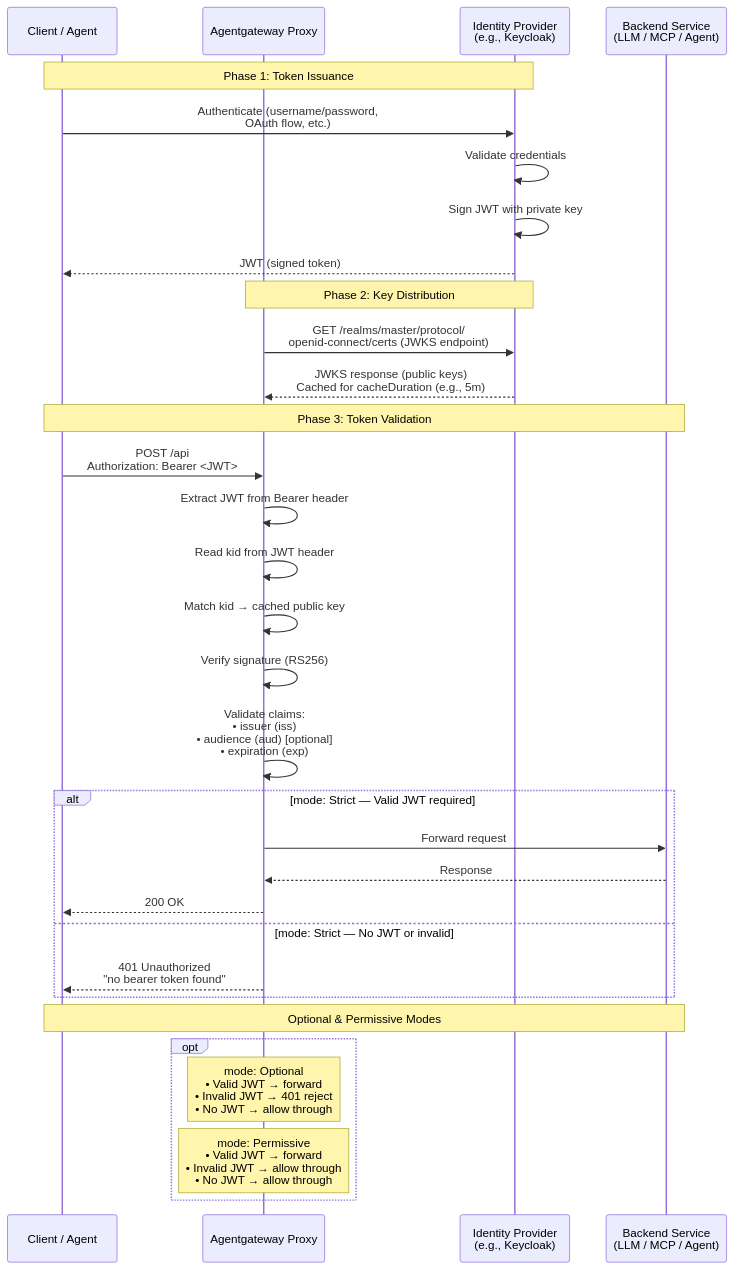
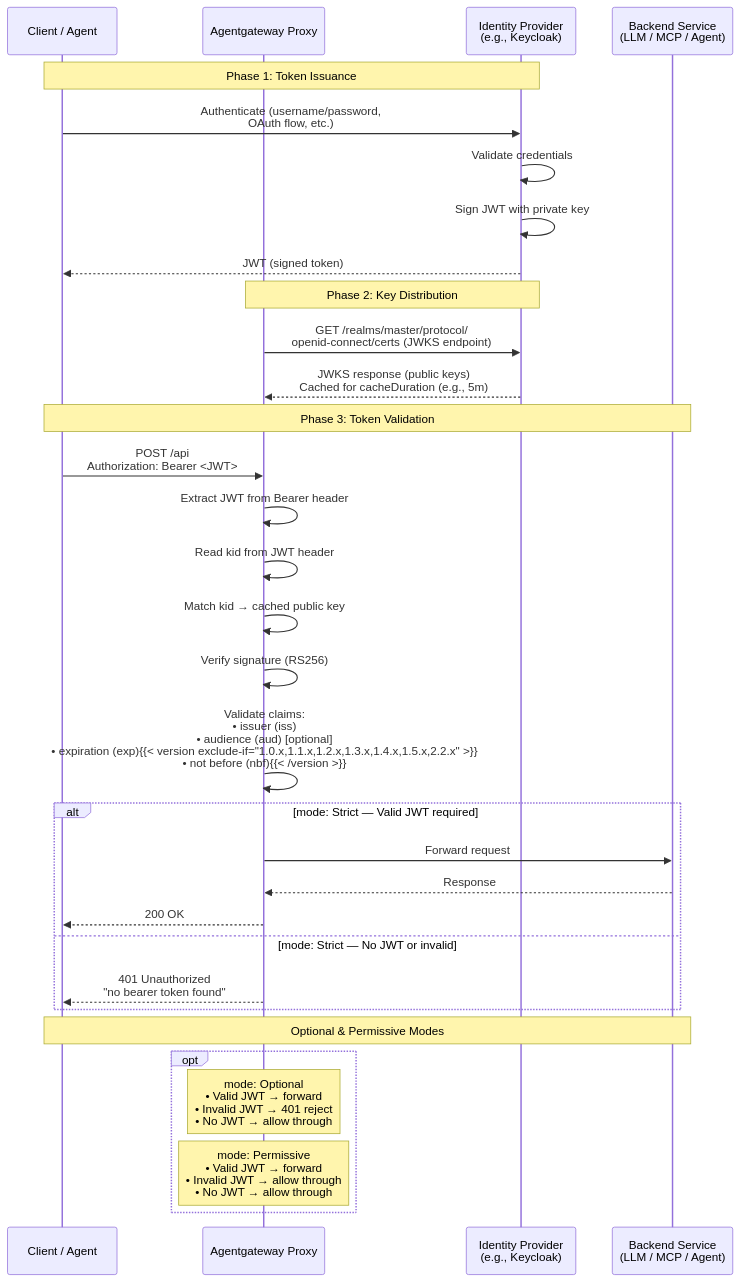
The diagram in assets/agw-docs/pages/security/jwt-about.md (agentgateway/website), drawn with Mermaid before and after one commit. The commit also changed other lines of this file and 1 other file, not shown here.

Commit message:
[Automated] Draft docs (agentgateway): jwt: validate NBF claim

````diff
--- a/assets/agw-docs/pages/security/jwt-about.md
+++ b/assets/agw-docs/pages/security/jwt-about.md
@@ -38,46 +38,46 @@
 ```mermaid
 sequenceDiagram
     participant C as Client / Agent
     participant AGW as Agentgateway Proxy
     participant IdP as Identity Provider<br/>(e.g., Keycloak)
     participant Backend as Backend Service<br/>(LLM / MCP / Agent)
 
     Note over C,IdP: Phase 1: Token Issuance
 
     C->>IdP: Authenticate (username/password,<br/>OAuth flow, etc.)
     IdP->>IdP: Validate credentials
     IdP->>IdP: Sign JWT with private key
     IdP-->>C: JWT (signed token)
 
     Note over AGW,IdP: Phase 2: Key Distribution
 
     AGW->>IdP: GET /realms/master/protocol/<br/>openid-connect/certs (JWKS endpoint)
     IdP-->>AGW: JWKS response (public keys)<br/>Cached for cacheDuration (e.g., 5m)
 
     Note over C,Backend: Phase 3: Token Validation
 
     C->>AGW: POST /api<br/>Authorization: Bearer <JWT>
 
     AGW->>AGW: Extract JWT from Bearer header
     AGW->>AGW: Read kid from JWT header
     AGW->>AGW: Match kid → cached public key
     AGW->>AGW: Verify signature (RS256)
-    AGW->>AGW: Validate claims:<br/>• issuer (iss)<br/>• audience (aud) [optional]<br/>• expiration (exp)
+    AGW->>AGW: Validate claims:<br/>• issuer (iss)<br/>• audience (aud) [optional]<br/>• expiration (exp){{< version exclude-if="1.0.x,1.1.x,1.2.x,1.3.x,1.4.x,1.5.x,2.2.x" >}}<br/>• not before (nbf){{< /version >}}
 
     alt mode: Strict — Valid JWT required
         AGW->>Backend: Forward request
         Backend-->>AGW: Response
         AGW-->>C: 200 OK
 
     else mode: Strict — No JWT or invalid
         AGW-->>C: 401 Unauthorized<br/>"no bearer token found"
     end
 
     Note over C,Backend: Optional & Permissive Modes
 
     opt
         Note over AGW: mode: Optional<br/>• Valid JWT → forward<br/>• Invalid JWT → 401 reject<br/>• No JWT → allow through
 
         Note over AGW: mode: Permissive<br/>• Valid JWT → forward<br/>• Invalid JWT → allow through<br/>• No JWT → allow through
     end
 ```
````
